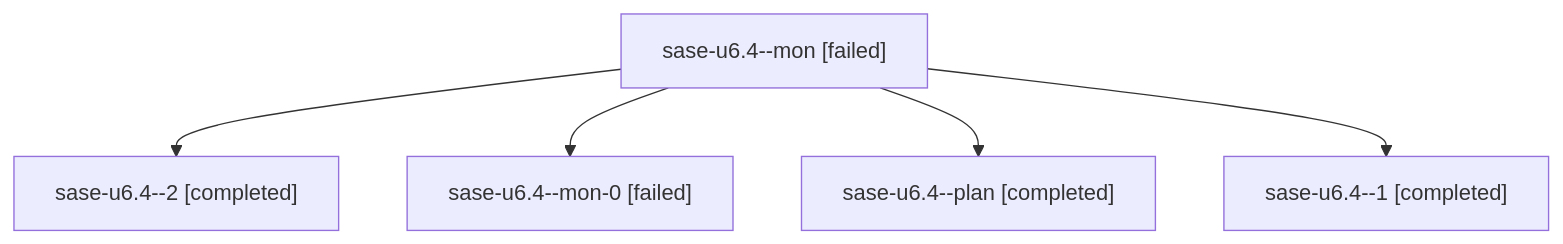
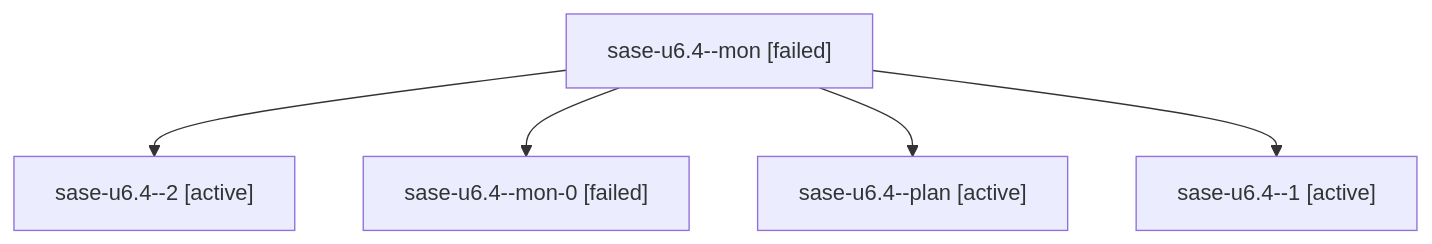
Before and after one commit to sase-org/sase--agents: the diagram in families/bbugyi200.athena.sase-u6.4.md, drawn with Mermaid. The commit also changed other lines of this file and 35830 other files, not shown here.

````diff
--- a/families/bbugyi200.athena.sase-u6.4.md
+++ b/families/bbugyi200.athena.sase-u6.4.md
@@ -9,12 +9,12 @@
 ```mermaid
 flowchart TD
   n0["sase-u6.4--mon [failed]"]
-  n1["sase-u6.4--2 [completed]"]
+  n1["sase-u6.4--2 [active]"]
   n0 --> n1
   n2["sase-u6.4--mon-0 [failed]"]
   n0 --> n2
-  n3["sase-u6.4--plan [completed]"]
+  n3["sase-u6.4--plan [active]"]
   n0 --> n3
-  n4["sase-u6.4--1 [completed]"]
+  n4["sase-u6.4--1 [active]"]
   n0 --> n4
 ```
````
